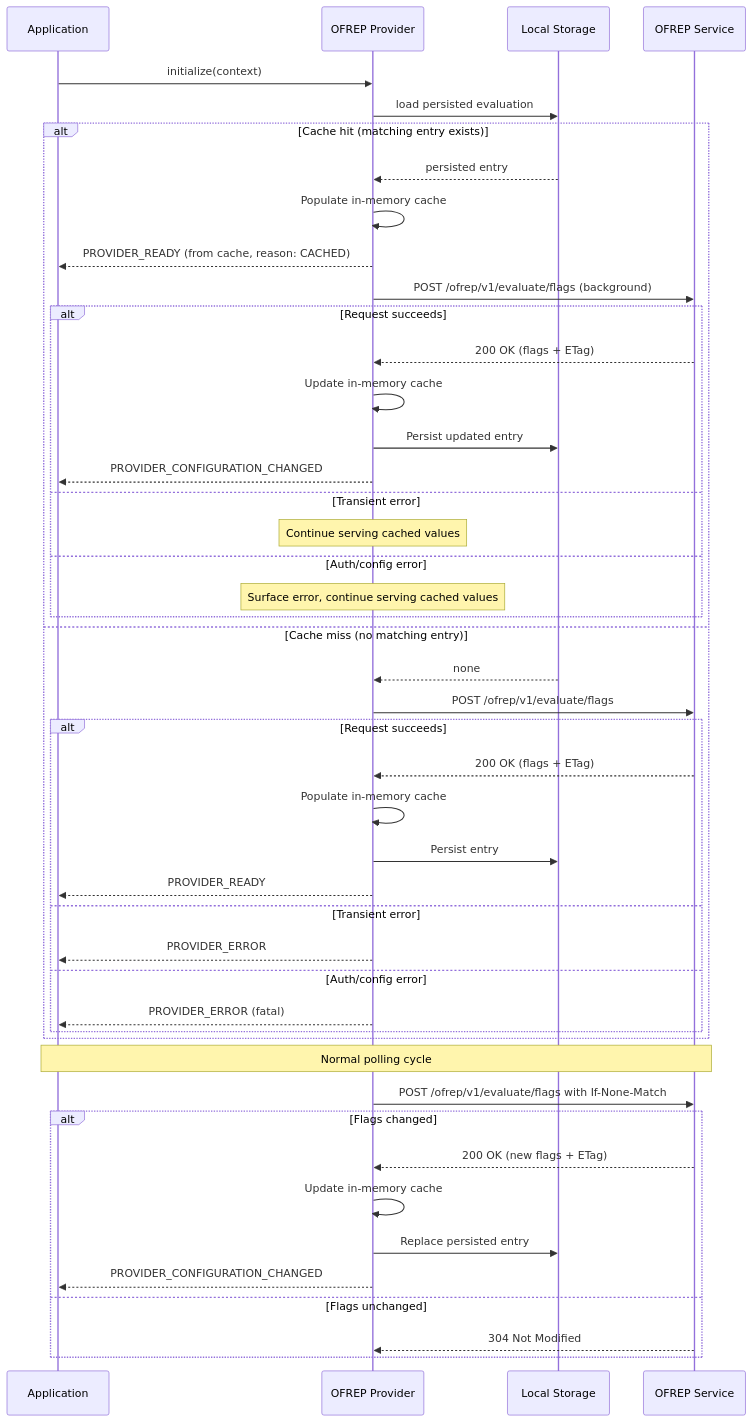
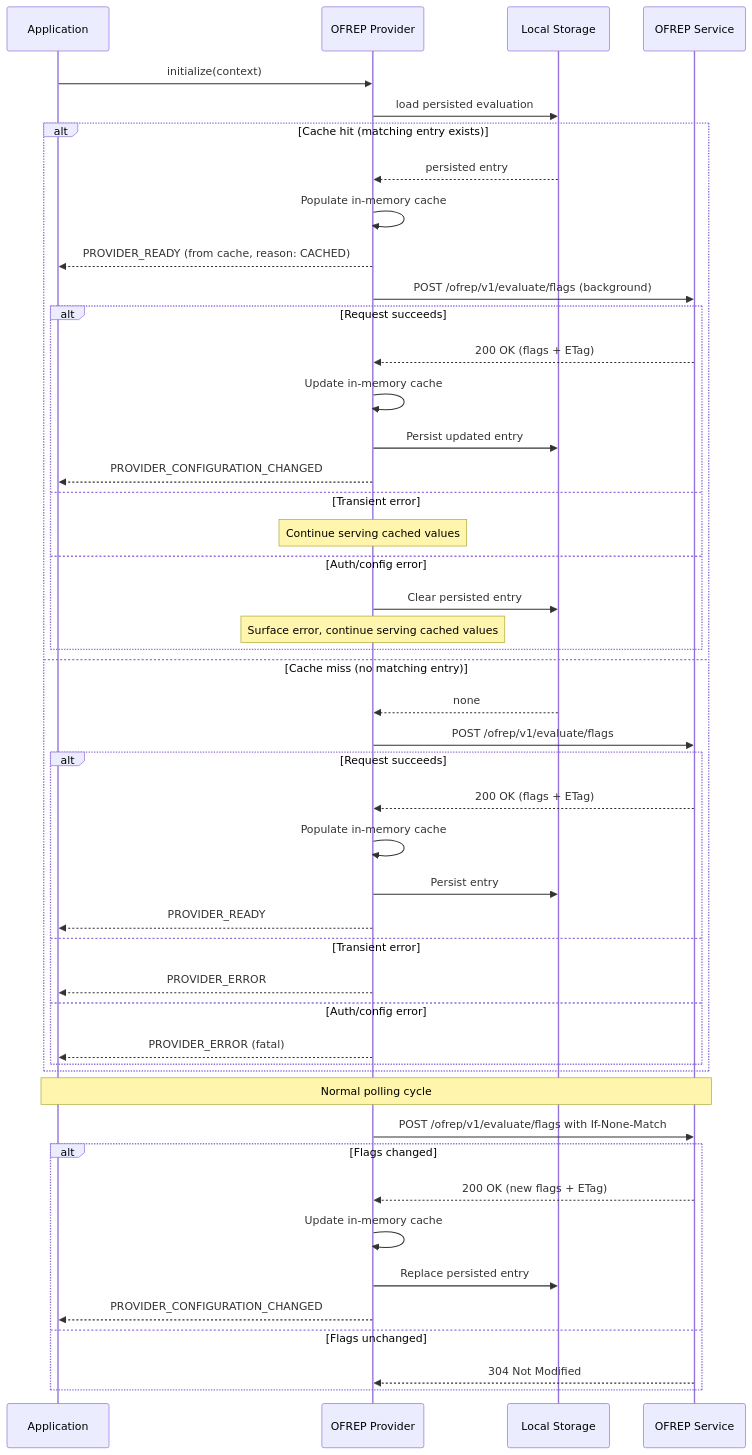
The diagram in service/adrs/0009-localStorageForStaticContextProviders.md (open-feature/protocol), drawn with Mermaid before and after one commit. The commit also changed other lines of this file, not shown here.

First line of the commit message:
docs(adr): clear persisted cache on auth/config errors in ADR 0009

````diff
--- a/service/adrs/0009-localStorageForStaticContextProviders.md
+++ b/service/adrs/0009-localStorageForStaticContextProviders.md
@@ -75,50 +75,51 @@
 ```mermaid
 sequenceDiagram
     participant App as Application
     participant Provider as OFREP Provider
     participant Storage as Local Storage
     participant Server as OFREP Service
 
     App->>Provider: initialize(context)
     Provider->>Storage: load persisted evaluation
     alt Cache hit (matching entry exists)
         Storage-->>Provider: persisted entry
         Provider->>Provider: Populate in-memory cache
         Provider-->>App: PROVIDER_READY (from cache, reason: CACHED)
         Provider->>Server: POST /ofrep/v1/evaluate/flags (background)
         alt Request succeeds
             Server-->>Provider: 200 OK (flags + ETag)
             Provider->>Provider: Update in-memory cache
             Provider->>Storage: Persist updated entry
             Provider-->>App: PROVIDER_CONFIGURATION_CHANGED
         else Transient error
             Note over Provider: Continue serving cached values
         else Auth/config error
+            Provider->>Storage: Clear persisted entry
             Note over Provider: Surface error, continue serving cached values
         end
     else Cache miss (no matching entry)
         Storage-->>Provider: none
         Provider->>Server: POST /ofrep/v1/evaluate/flags
         alt Request succeeds
             Server-->>Provider: 200 OK (flags + ETag)
             Provider->>Provider: Populate in-memory cache
             Provider->>Storage: Persist entry
             Provider-->>App: PROVIDER_READY
         else Transient error
             Provider-->>App: PROVIDER_ERROR
         else Auth/config error
             Provider-->>App: PROVIDER_ERROR (fatal)
         end
     end
 
     Note over App,Server: Normal polling cycle
     Provider->>Server: POST /ofrep/v1/evaluate/flags with If-None-Match
     alt Flags changed
         Server-->>Provider: 200 OK (new flags + ETag)
         Provider->>Provider: Update in-memory cache
         Provider->>Storage: Replace persisted entry
         Provider-->>App: PROVIDER_CONFIGURATION_CHANGED
     else Flags unchanged
         Server-->>Provider: 304 Not Modified
     end
 ```
````
